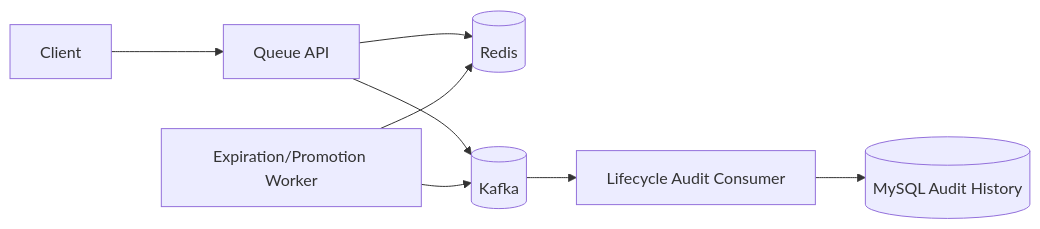
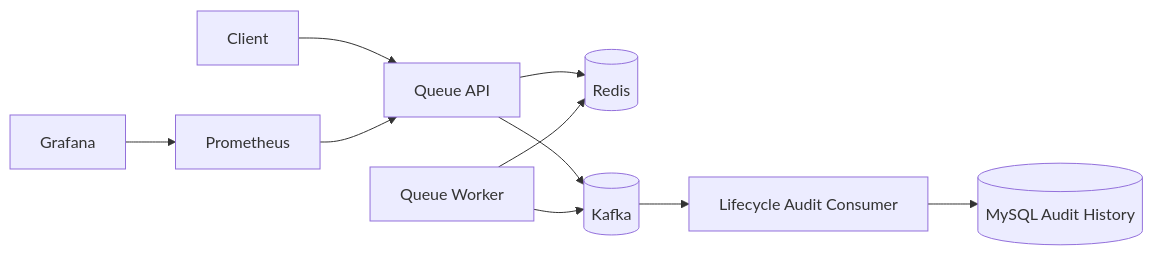
One commit to jjd0922/queue-service changed the diagram in README.md. Above: the diagram before and after it, drawn with Mermaid. The commit also changed other lines of this file, not shown here.

````diff
--- a/README.md
+++ b/README.md
@@ -15,12 +21,15 @@
 ```mermaid
 flowchart LR
     U[Client] --> API[Queue API]
     API --> R[(Redis)]
     API --> K[(Kafka)]
 
-    W[Expiration/Promotion Worker] --> R
+    W[Queue Worker] --> R
     W --> K
 
     K --> C[Lifecycle Audit Consumer]
     C --> DB[(MySQL Audit History)]
+
+    P[Prometheus] --> API
+    G[Grafana] --> P
 ```
````
